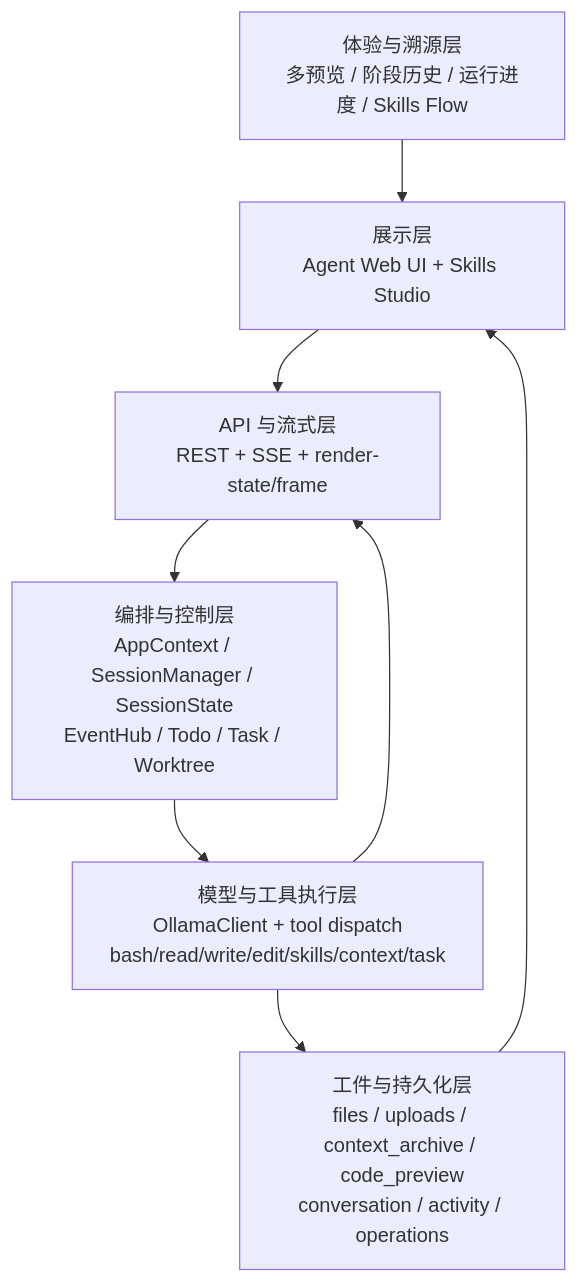
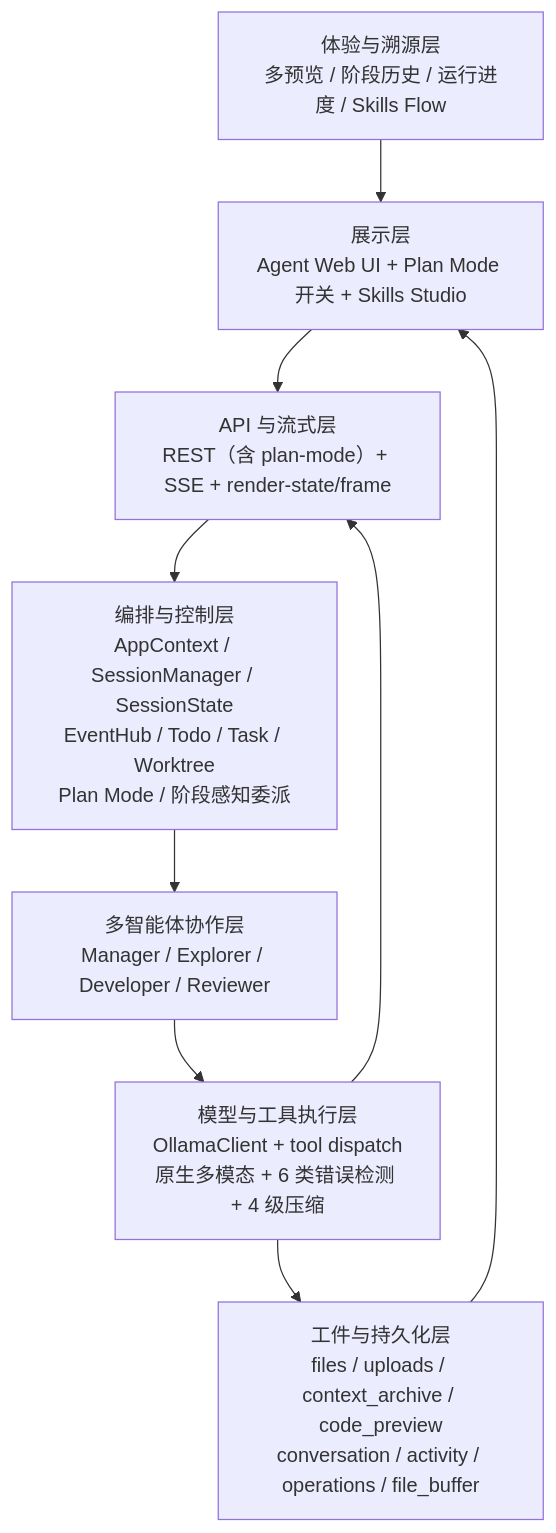
One commit to FonaTech/Clouds-Coder changed the first of 7 diagrams in README-zh.md. Above: the diagram before and after it, drawn with Mermaid. The commit also changed other lines of this file and 3 other files, not shown here.

````diff
--- a/README-zh.md
+++ b/README-zh.md
@@ -146,12 +161,13 @@
 ```mermaid
 flowchart TB
   UX["体验与溯源层<br/>多预览 / 阶段历史 / 运行进度 / Skills Flow"]
-  UI["展示层<br/>Agent Web UI + Skills Studio"]
-  API["API 与流式层<br/>REST + SSE + render-state/frame"]
-  ORCH["编排与控制层<br/>AppContext / SessionManager / SessionState<br/>EventHub / Todo / Task / Worktree"]
-  EXEC["模型与工具执行层<br/>OllamaClient + tool dispatch<br/>bash/read/write/edit/skills/context/task"]
-  DATA["工件与持久化层<br/>files / uploads / context_archive / code_preview<br/>conversation / activity / operations"]
-  UX --> UI --> API --> ORCH --> EXEC --> DATA
+  UI["展示层<br/>Agent Web UI + Plan Mode 开关 + Skills Studio"]
+  API["API 与流式层<br/>REST（含 plan-mode）+ SSE + render-state/frame"]
+  ORCH["编排与控制层<br/>AppContext / SessionManager / SessionState<br/>EventHub / Todo / Task / Worktree<br/>Plan Mode / 阶段感知委派"]
+  AGENT["多智能体协作层<br/>Manager / Explorer / Developer / Reviewer"]
+  EXEC["模型与工具执行层<br/>OllamaClient + tool dispatch<br/>原生多模态 + 6 类错误检测 + 4 级压缩"]
+  DATA["工件与持久化层<br/>files / uploads / context_archive / code_preview<br/>conversation / activity / operations / file_buffer"]
+  UX --> UI --> API --> ORCH --> AGENT --> EXEC --> DATA
   EXEC --> API
   DATA --> UI
 ```
````
